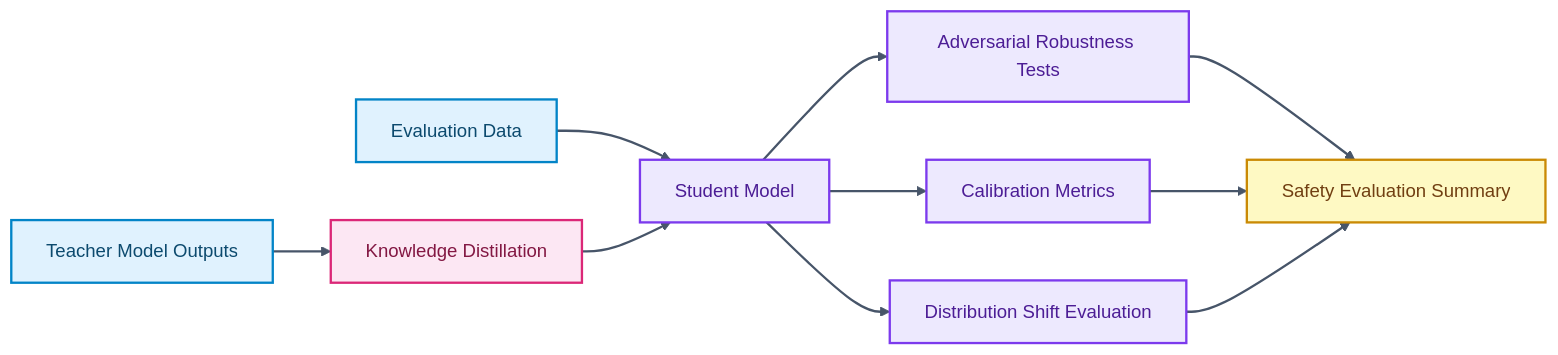
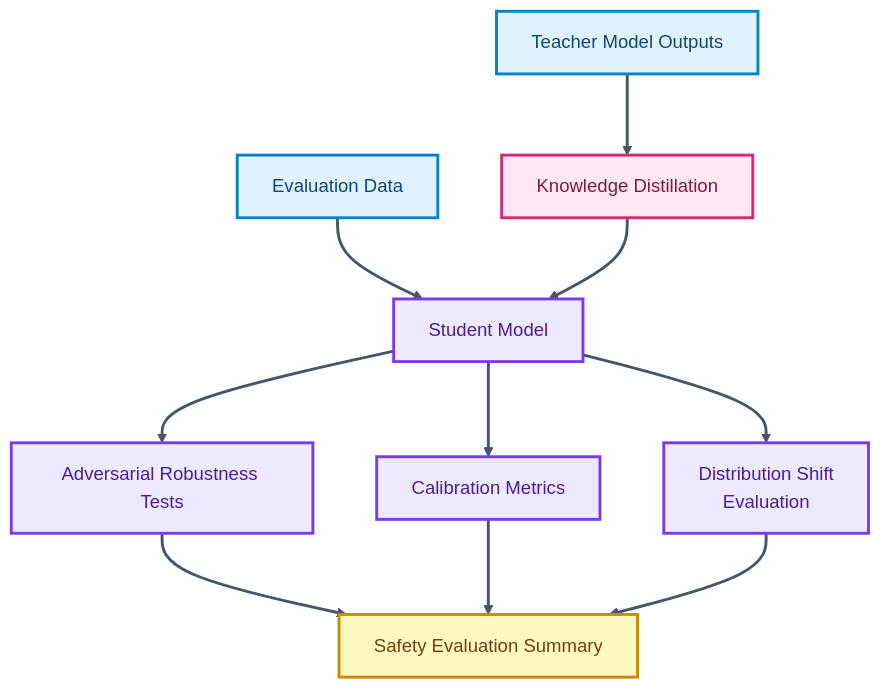
One commit to skx56/Knowledge-Distillation-Safety changed the diagram in README.md. Above: the diagram before and after it, drawn with Mermaid.

Commit message:
Make README architecture diagram vertical

````diff
--- a/README.md
+++ b/README.md
@@ -29,23 +29,24 @@
 ```mermaid
-flowchart LR
+%%{init: {"flowchart": {"nodeSpacing": 55, "rankSpacing": 70, "curve": "basis"}, "themeVariables": {"fontSize": "16px", "fontFamily": "Inter, ui-sans-serif, system-ui, -apple-system, BlinkMacSystemFont, Segoe UI, sans-serif"}}}%%
+flowchart TD
   Teacher["Teacher Model Outputs"] --> Distill["Knowledge Distillation"]
   Data["Evaluation Data"] --> Student["Student Model"]
   Distill --> Student
   Student --> Robustness["Adversarial Robustness Tests"]
   Student --> Calibration["Calibration Metrics"]
-  Student --> Shift["Distribution Shift Evaluation"]
+  Student --> Shift["Distribution Shift<br/>Evaluation"]
   Robustness --> Report["Safety Evaluation Summary"]
   Calibration --> Report
   Shift --> Report
 
-  classDef inputs fill:#E0F2FE,stroke:#0284C7,color:#0C4A6E,stroke-width:2px;
-  classDef process fill:#EDE9FE,stroke:#7C3AED,color:#4C1D95,stroke-width:2px;
-  classDef data fill:#CCFBF1,stroke:#0D9488,color:#134E4A,stroke-width:2px;
-  classDef agent fill:#FCE7F3,stroke:#DB2777,color:#831843,stroke-width:2px;
-  classDef output fill:#FEF9C3,stroke:#CA8A04,color:#713F12,stroke-width:2px;
+  classDef inputs fill:#E0F2FE,stroke:#0284C7,color:#0C4A6E,stroke-width:2.5px;
+  classDef process fill:#EDE9FE,stroke:#7C3AED,color:#4C1D95,stroke-width:2.5px;
+  classDef data fill:#CCFBF1,stroke:#0D9488,color:#134E4A,stroke-width:2.5px;
+  classDef agent fill:#FCE7F3,stroke:#DB2777,color:#831843,stroke-width:2.5px;
+  classDef output fill:#FEF9C3,stroke:#CA8A04,color:#713F12,stroke-width:2.5px;
   class Teacher,Data inputs;
   class Student,Robustness,Calibration,Shift process;
   class Distill agent;
   class Report output;
-  linkStyle default stroke:#475569,stroke-width:2px;
+  linkStyle default stroke:#475569,stroke-width:2.5px;
 ```
````
